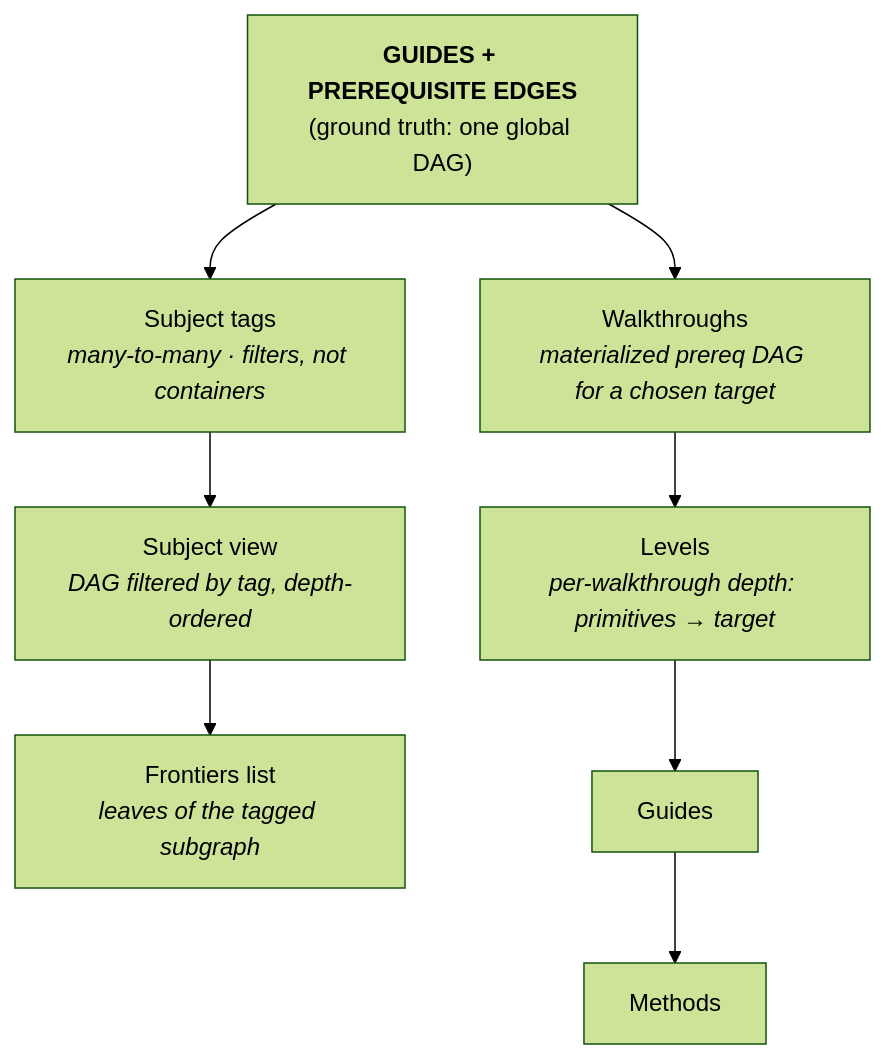
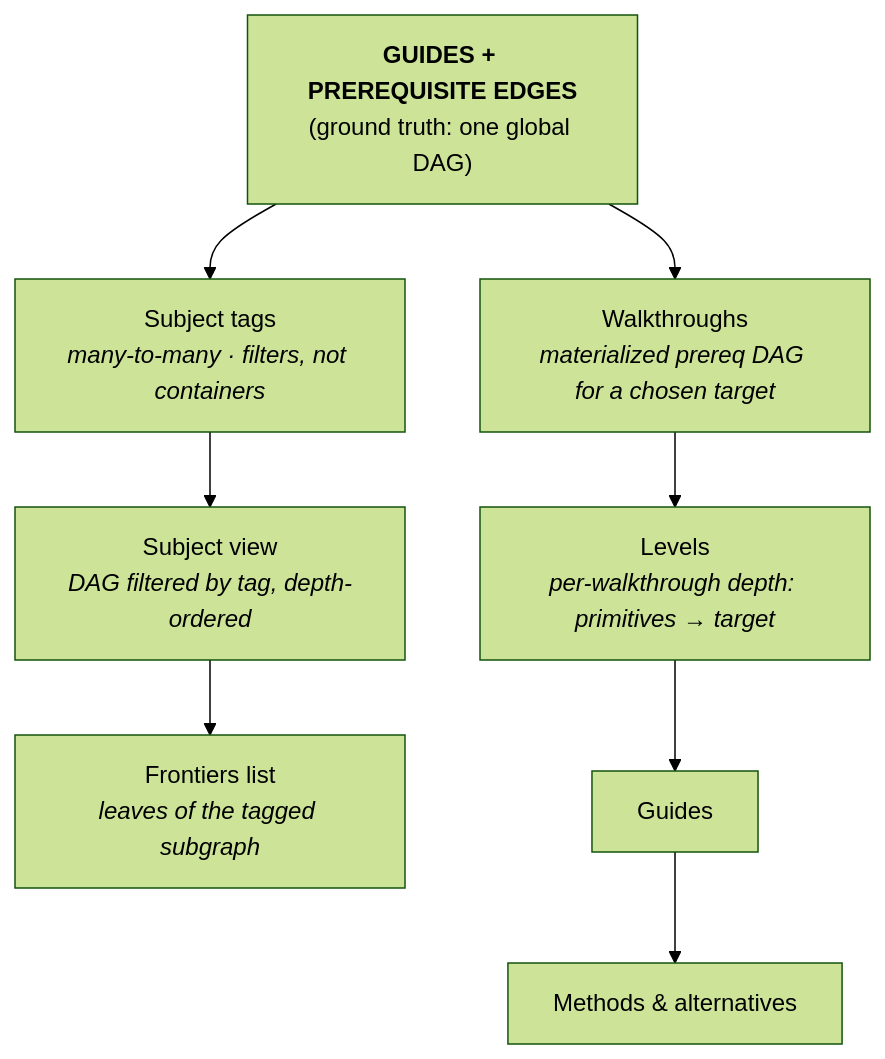
Before and after one commit to The-B-L-U-E-Project/blue-prototype: the first of 2 diagrams in docs/overall-system.md, drawn with Mermaid (forest theme). The commit also changed other lines of this file and 4 other files, not shown here.

````diff
--- a/docs/overall-system.md
+++ b/docs/overall-system.md
@@ -64,13 +65,13 @@
 ```mermaid
 flowchart TD
     A["<b>GUIDES + PREREQUISITE EDGES</b><br/>(ground truth: one global DAG)"]
 
     A --> B["Subject tags<br/><i>many-to-many · filters, not containers</i>"]
     B --> C["Subject view<br/><i>DAG filtered by tag, depth-ordered</i>"]
     C --> D["Frontiers list<br/><i>leaves of the tagged subgraph</i>"]
 
     A --> E["Walkthroughs<br/><i>materialized prereq DAG for a chosen target</i>"]
     E --> F["Levels<br/><i>per-walkthrough depth: primitives → target</i>"]
     F --> G["Guides"]
-    G --> H["Methods"]
+    G --> H["Methods & alternatives"]
 ```
````
